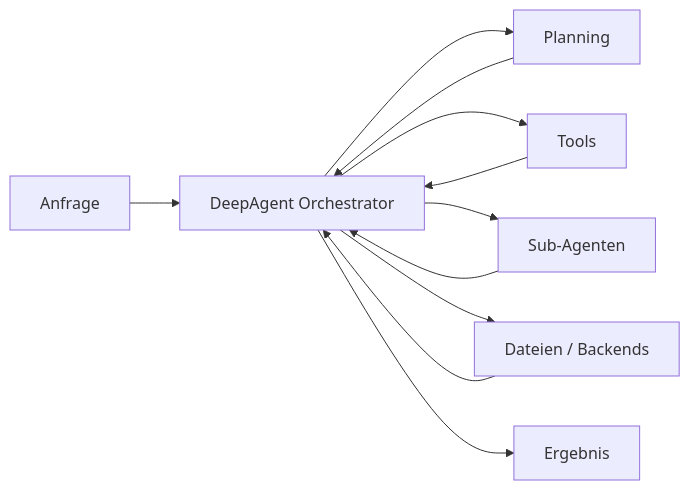
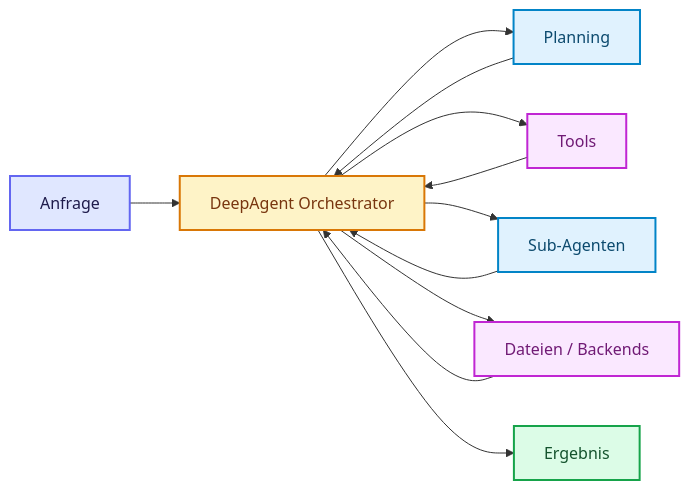
The first of 3 diagrams in docs/06-multi-agent-erweiterungen/einsteiger-deepagents.md (ralf-42/Agenten), drawn with Mermaid before and after one commit. The commit also changed other lines of this file and 18 other files, not shown here.

````diff
--- a/docs/06-multi-agent-erweiterungen/einsteiger-deepagents.md
+++ b/docs/06-multi-agent-erweiterungen/einsteiger-deepagents.md
@@ -66,13 +66,24 @@
 ```mermaid
 flowchart LR
     U[Anfrage] --> O[DeepAgent Orchestrator]
     O --> P[Planning]
     O --> T[Tools]
     O --> S[Sub-Agenten]
     O --> F[Dateien / Backends]
     P --> O
     T --> O
     S --> O
     F --> O
     O --> A[Ergebnis]
+
+    classDef default fill:#e0f2fe,stroke:#0284c7,stroke-width:2px,color:#0c4a6e;
+    classDef input fill:#e0e7ff,stroke:#6366f1,stroke-width:2px,color:#1e1b4b;
+    classDef metric fill:#fef3c7,stroke:#d97706,stroke-width:2px,color:#78350f;
+    classDef output fill:#dcfce7,stroke:#16a34a,stroke-width:2px,color:#14532d;
+    classDef target fill:#fae8ff,stroke:#c026d3,stroke-width:2px,color:#701a75;
+
+    class U input;
+    class O metric;
+    class A output;
+    class T,F target;
 ```
````
